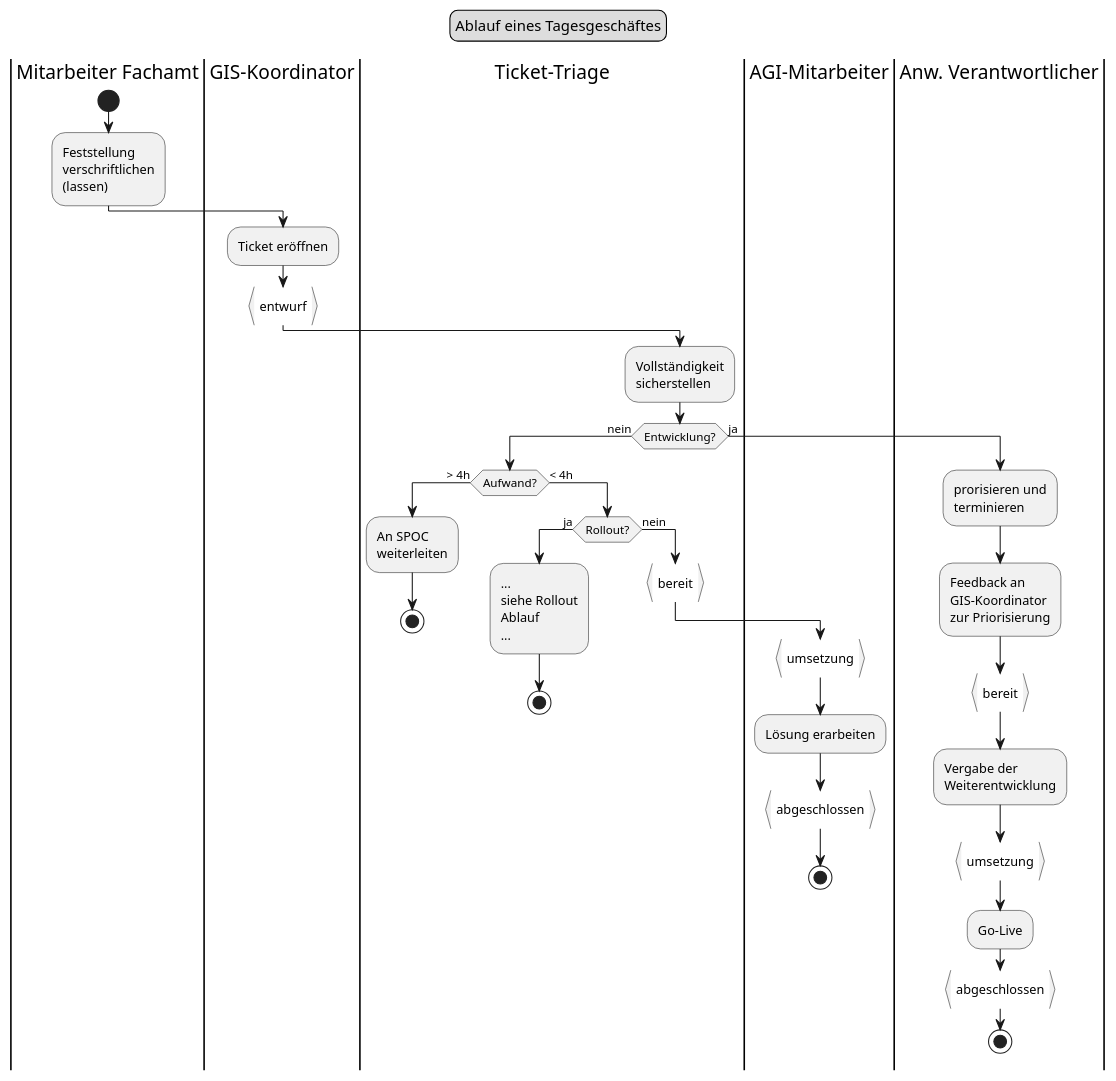
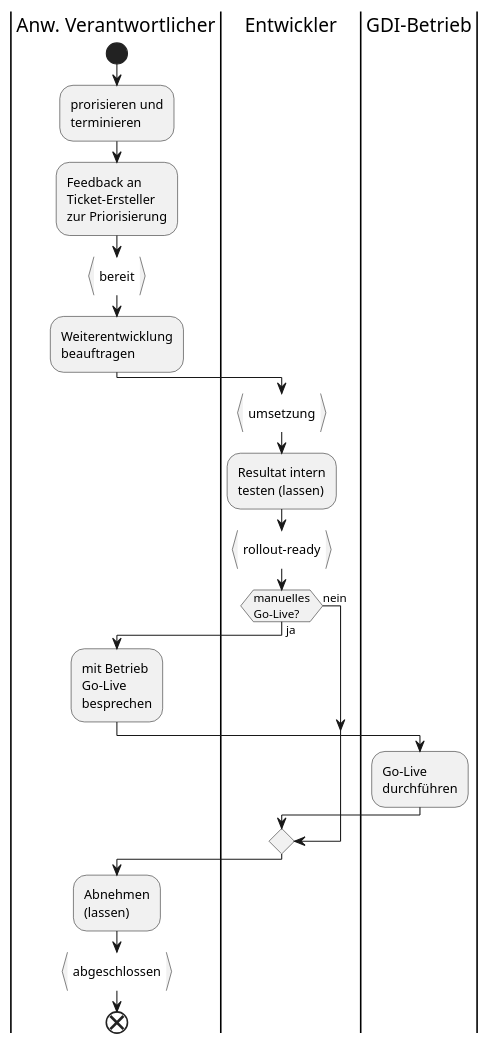
One commit to ojeker/docktick changed the diagram in puml/src/flow_dev.puml. Above: the diagram before and after it, drawn with PlantUML. The commit also changed 6 other files, not shown here.

```diff
--- a/puml/src/flow_dev.puml
+++ b/puml/src/flow_dev.puml
@@ -1,53 +1,33 @@
 @startuml
-legend top
-	Ablauf eines Tagesgeschäftes
-end legend
-|Mitarbeiter Fachamt|
+|Anw. Verantwortlicher|
 start
-:Feststellung
-verschriftlichen
+:prorisieren und
+terminieren;
+:Feedback an
+Ticket-Ersteller
+zur Priorisierung;
+:bereit}
+:Weiterentwicklung
+beauftragen;
+|Entwickler|
+:umsetzung}
+:Resultat intern
+testen (lassen);
+:rollout-ready}
+if(manuelles
+Go-Live?) then (ja)
+    |Anw. Verantwortlicher|
+    :mit Betrieb
+    Go-Live
+    besprechen;
+    |GDI-Betrieb|
+    :Go-Live
+    durchführen;
+else (nein)
+endif
+|Anw. Verantwortlicher|
+:Abnehmen
 (lassen);
-|GIS-Koordinator|
-:Ticket eröffnen;
-:entwurf}
-|Ticket-Triage|
-:Vollständigkeit
-sicherstellen;
-
-if (Entwicklung?) then (nein)
-  if (Aufwand?) then (> 4h)
-    :An SPOC
-    weiterleiten;
-    stop
-  else (< 4h)
-  	if (Rollout?) then (ja)
-      :...
-      siehe Rollout
-      Ablauf
-      ...;
-      stop
-    else (nein)
-      :bereit}
-      |AGI-Mitarbeiter|
-      :umsetzung}
-      :Lösung erarbeiten;
-      :abgeschlossen}
-      stop
-    endif
-  endif
-else (ja)
-  |Anw. Verantwortlicher|
-  :prorisieren und
-  terminieren;
-  :Feedback an
-  GIS-Koordinator
-  zur Priorisierung;
-  :bereit}
-  :Vergabe der
-  Weiterentwicklung;
-  :umsetzung}
-  :Go-Live;
-  :abgeschlossen}
-  stop
-endif
+:abgeschlossen}
+end
 @enduml
```
